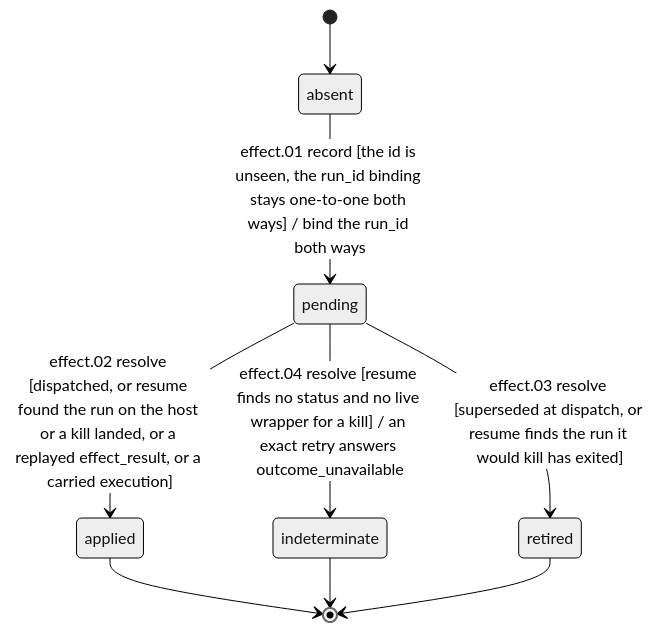
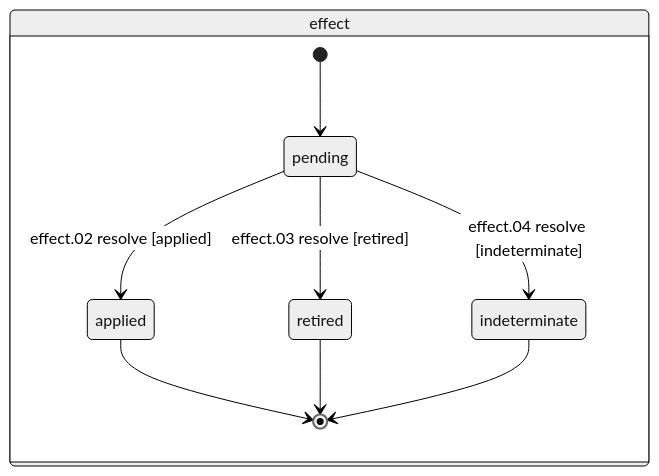
Before and after one commit to mrbald/dsl41: diagram 12 of 14 in docs/state-machines.md, drawn with Mermaid (neutral theme). The commit also changed other lines of this file and 17 other files, not shown here.

Commit message:
DL-331: the effect runs on the statechart executor: one instance per open effect, forgotten at its outcome

````diff
--- a/docs/state-machines.md
+++ b/docs/state-machines.md
@@ -709,16 +711,17 @@
 ```mermaid
 stateDiagram-v2
-    state "absent" as s0
-    state "applied" as s1
-    state "indeterminate" as s2
-    state "pending" as s3
-    state "retired" as s4
-    [*] --> s0
-    s0 --> s3 : effect.01 record [the id is unseen, the run_id binding stays one-to-one both ways] / bind the run_id both ways
-    s3 --> s1 : effect.02 resolve [dispatched, or resume found the run on the host or a kill landed, or a replayed effect_result, or a carried execution]
-    s3 --> s4 : effect.03 resolve [superseded at dispatch, or resume finds the run it would kill has exited]
-    s3 --> s2 : effect.04 resolve [resume finds no status and no live wrapper for a kill] / an exact retry answers outcome_unavailable
-    s1 --> [*]
-    s2 --> [*]
-    s4 --> [*]
+    state "effect" as s1
+    state s1 {
+        [*] --> s3
+        state "pending" as s3
+        state "applied" as s0
+        state "retired" as s4
+        state "indeterminate" as s2
+        s0 --> [*]
+        s4 --> [*]
+        s2 --> [*]
+    }
+    s3 --> s0 : effect.02 resolve [applied]
+    s3 --> s4 : effect.03 resolve [retired]
+    s3 --> s2 : effect.04 resolve [indeterminate]
 ```
````
